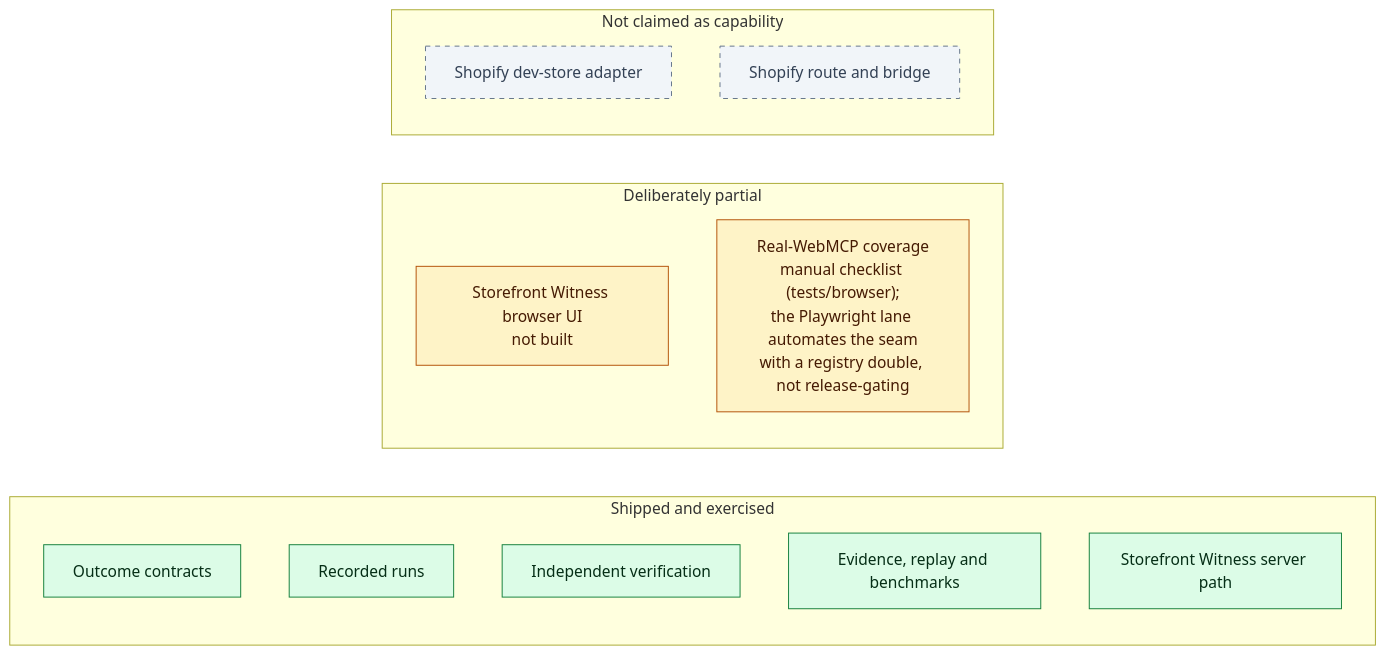
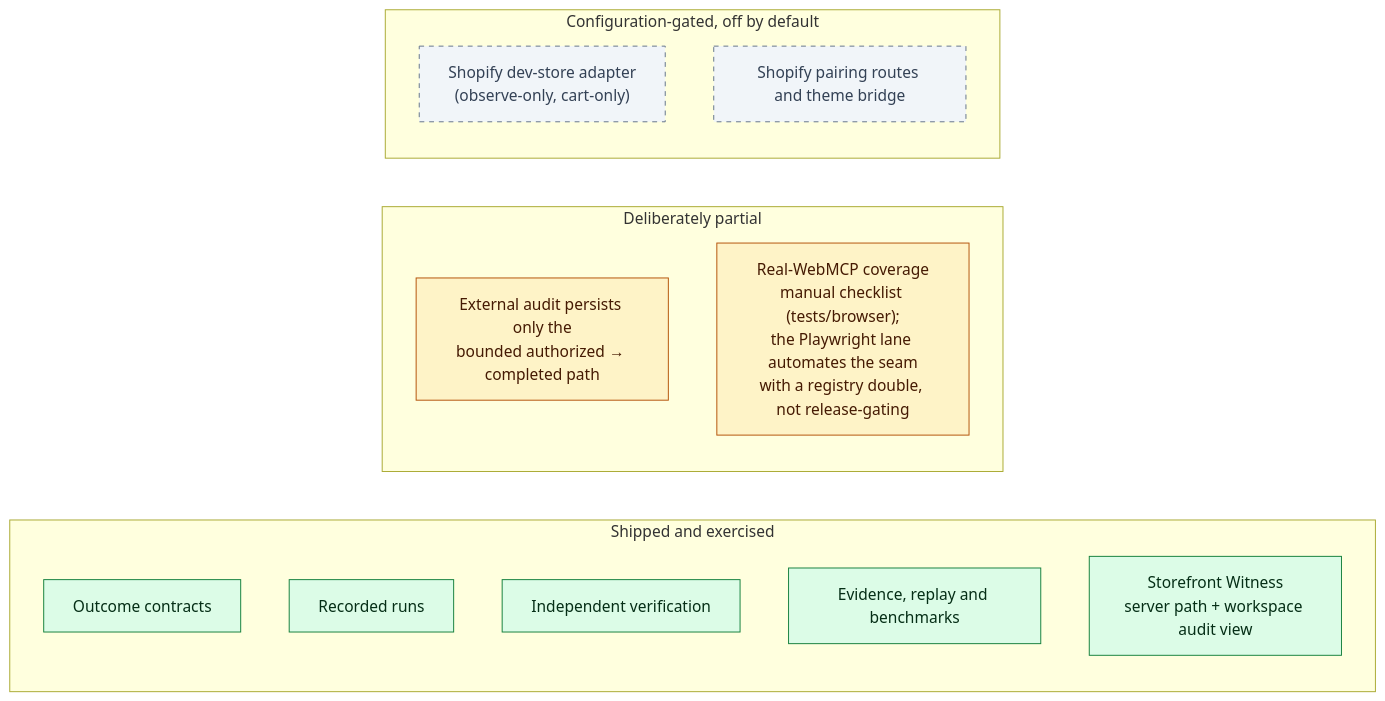
Before and after one commit to ichiorca/actionwitness: the third of 29 diagrams in docs/ARCHITECTURE.md, drawn with Mermaid. The commit also changed other lines of this file and 17 other files, not shown here.

````diff
--- a/docs/ARCHITECTURE.md
+++ b/docs/ARCHITECTURE.md
@@ -87,27 +87,27 @@
 ```mermaid
 flowchart LR
     subgraph Shipped["Shipped and exercised"]
         S1["Outcome contracts"]
         S2["Recorded runs"]
         S3["Independent verification"]
         S4["Evidence, replay and benchmarks"]
-        S5["Storefront Witness server path"]
+        S5["Storefront Witness<br/>server path + workspace audit view"]
     end
 
     subgraph Partial["Deliberately partial"]
-        P1["Storefront Witness browser UI<br/>not built"]
+        P1["External audit persists only the<br/>bounded authorized → completed path"]
         P2["Real-WebMCP coverage<br/>manual checklist (tests/browser);<br/>the Playwright lane automates the seam<br/>with a registry double, not release-gating"]
     end
 
-    subgraph Disabled["Not claimed as capability"]
-        D1["Shopify dev-store adapter"]
-        D2["Shopify route and bridge"]
+    subgraph Disabled["Configuration-gated, off by default"]
+        D1["Shopify dev-store adapter<br/>(observe-only, cart-only)"]
+        D2["Shopify pairing routes and theme bridge"]
     end
 
     classDef live fill:#dcfce7,stroke:#15803d,color:#052e16;
     classDef partial fill:#fef3c7,stroke:#b45309,color:#451a03;
     classDef off fill:#f1f5f9,stroke:#64748b,color:#334155,stroke-dasharray:5 5;
     class S1,S2,S3,S4,S5 live;
     class P1,P2 partial;
     class D1,D2 off;
 ```
````
